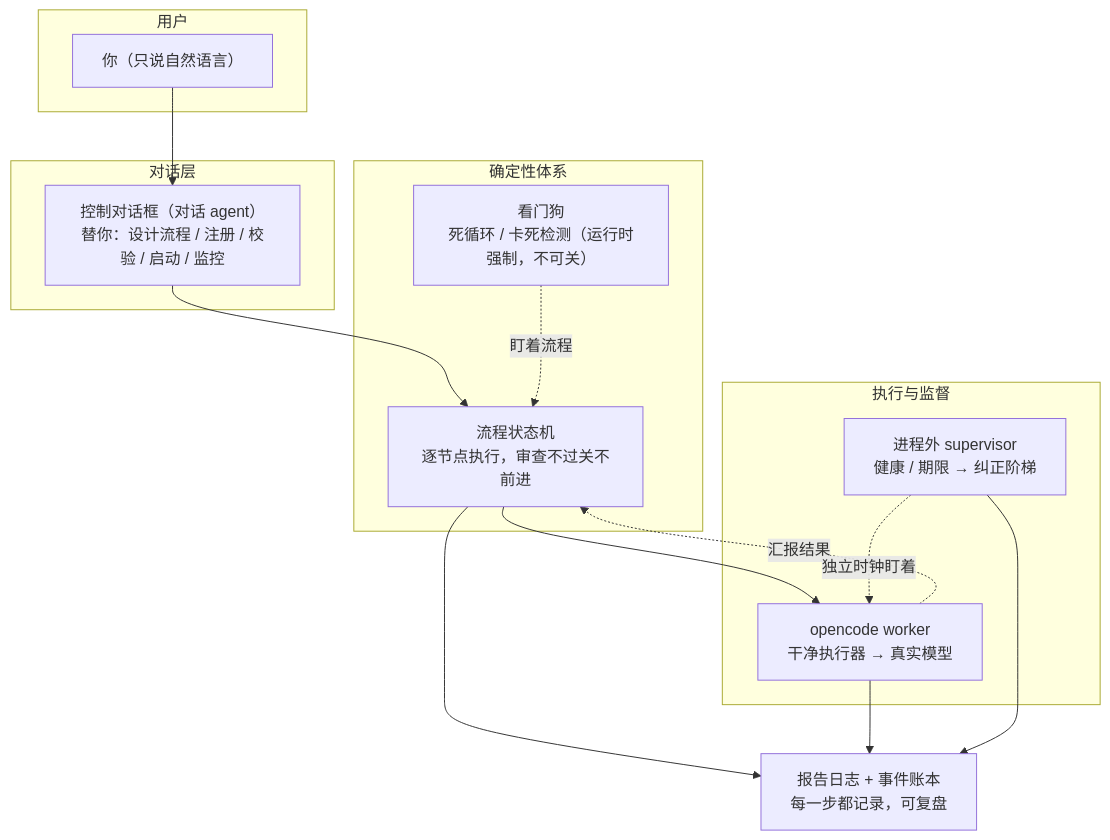
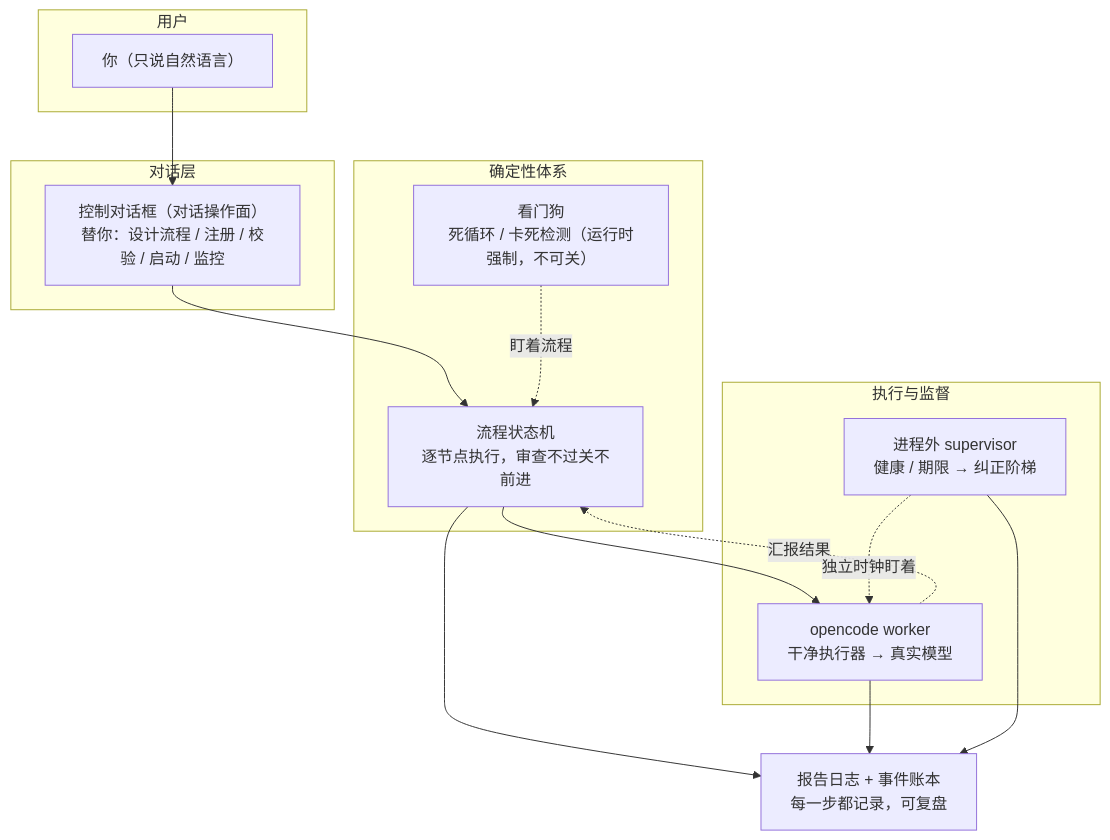
The diagram in docs/index.md (haberzero/regime-driver), drawn with Mermaid before and after one commit. The commit also changed other lines of this file and 20 other files, not shown here.

````diff
--- a/docs/index.md
+++ b/docs/index.md
@@ -46,27 +46,27 @@
 ```mermaid
 flowchart TB
     subgraph 用户
         U["你（只说自然语言）"]
     end
     subgraph 对话层
-        GD["控制对话框（对话 agent）<br/>替你：设计流程 / 注册 / 校验 / 启动 / 监控"]
+        GD["控制对话框（对话操作面）<br/>替你：设计流程 / 注册 / 校验 / 启动 / 监控"]
     end
     subgraph 确定性体系
         SM["流程状态机<br/>逐节点执行，审查不过关不前进"]
         CON["看门狗<br/>死循环 / 卡死检测（运行时强制，不可关）"]
     end
     subgraph 执行与监督
         W["opencode worker<br/>干净执行器 → 真实模型"]
         SUP["进程外 supervisor<br/>健康 / 期限 → 纠正阶梯"]
     end
     R["报告日志 + 事件账本<br/>每一步都记录，可复盘"]
 
     U --> GD --> SM
     SM --> W
     CON -. 盯着流程 .-> SM
     W -. 汇报结果 .-> SM
     SUP -. 独立时钟盯着 .-> W
     SM --> R
     W --> R
     SUP --> R
 ```
````
